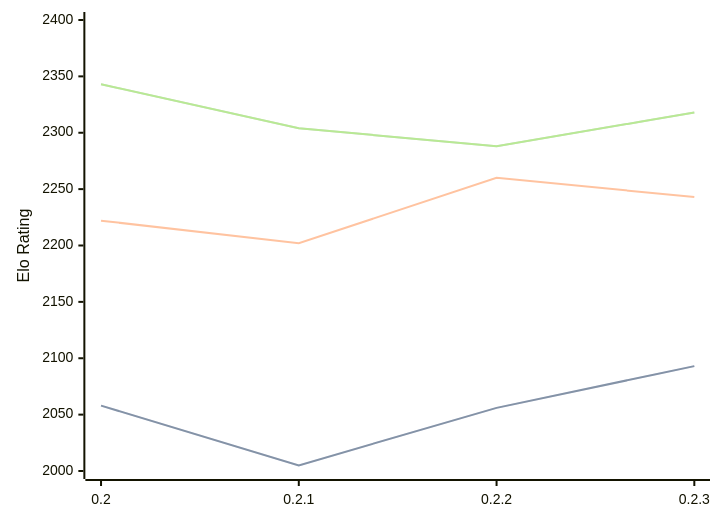
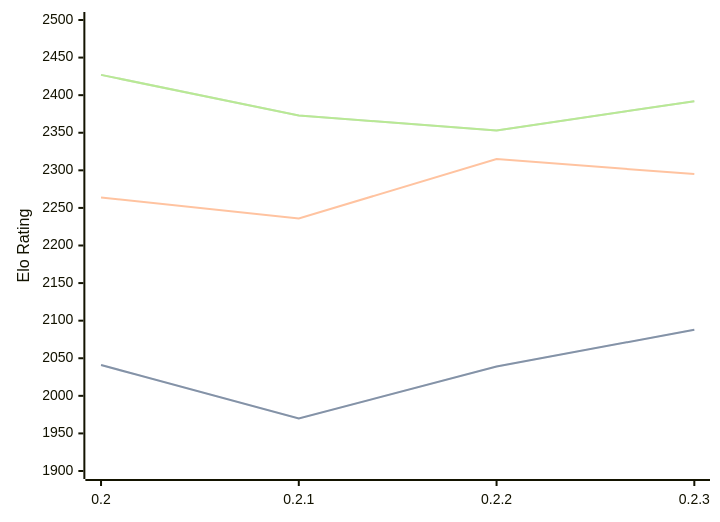
One commit to computer-chess-index/cci changed the diagram in engines/Lolbot.md. Above: the diagram before and after it, drawn with Mermaid. The commit also changed other lines of this file, not shown here.

Commit message:
Update CCI Ratings (ELO VLTC) - 2026-02-24

````diff
--- a/engines/Lolbot.md
+++ b/engines/Lolbot.md
@@ -32,11 +33,11 @@
 ```mermaid
 %%{init: {"theme":"base","themeVariables":{"seriesColors:['#a3a3a3','#222221','#faa371']}}}%%
 xychart-beta
   x-axis ["0.2", "0.2.1", "0.2.2", "0.2.3"]
-  y-axis "Elo Rating" 2000 --> 2400
-  line "STC (8.0+0.08s)" [2058, 2005, 2056, 2093]
-  line "STC (8.0+0.08s)" [2058, 2005, 2056, 2093]
-  line "LTC (60.0+0.60s)" [2222, 2202, 2260, 2243]
-  line "VLTC (2m24s+1.12s)" [2343, 2304, 2288, 2318]
-  line "VLTC (2m24s+1.12s)" [2343, 2304, 2288, 2318]
+  y-axis "Elo Rating" 1900 --> 2500
+  line "STC (8.0+0.08s)" [2041, 1970, 2039, 2088]
+  line "STC (8.0+0.08s)" [2041, 1970, 2039, 2088]
+  line "LTC (60.0+0.60s)" [2264, 2236, 2315, 2295]
+  line "VLTC (2m24s+1.12s)" [2427, 2373, 2353, 2392]
+  line "VLTC (2m24s+1.12s)" [2427, 2373, 2353, 2392]
 ```
````
